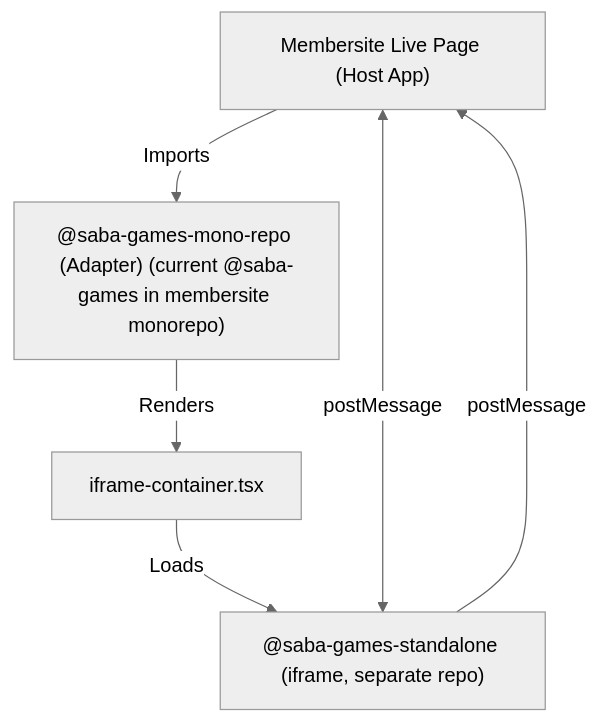
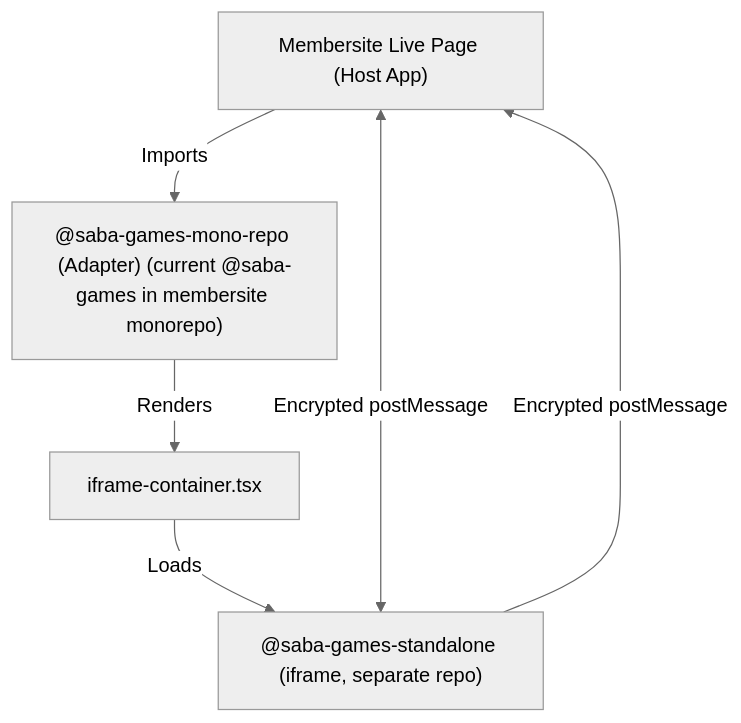
Before and after one commit to starixvn/l1_game-clients_sedie-client-demo: the first of 2 diagrams in seal-monorepo/libs/saba-games/IFRAME-ARCHITECTURE.md, drawn with Mermaid (neutral theme). The commit also changed other lines of this file and 31 other files, not shown here.

````diff
--- a/seal-monorepo/libs/saba-games/IFRAME-ARCHITECTURE.md
+++ b/seal-monorepo/libs/saba-games/IFRAME-ARCHITECTURE.md
@@ -7,8 +7,8 @@
 ```mermaid
 graph TD;
   MembersiteLivePage["Membersite Live Page (Host App)"] -->|Imports| SabaGamesAdapter["@saba-games-mono-repo (Adapter) (current @saba-games in membersite monorepo)"]
   SabaGamesAdapter -->|Renders| IframeContainer["iframe-container.tsx"]
   IframeContainer -->|Loads| SabaGamesStandalone["@saba-games-standalone (iframe, separate repo)"]
-  MembersiteLivePage <--> |postMessage| SabaGamesStandalone
-  SabaGamesStandalone -->|postMessage| MembersiteLivePage
+  MembersiteLivePage <--> |Encrypted postMessage| SabaGamesStandalone
+  SabaGamesStandalone -->|Encrypted postMessage| MembersiteLivePage
 ```
````
